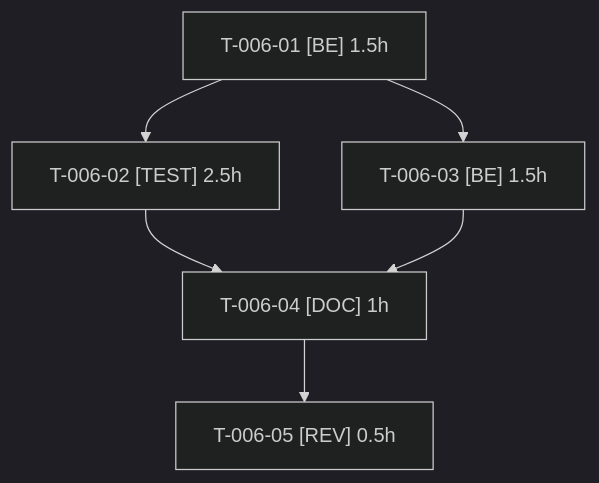
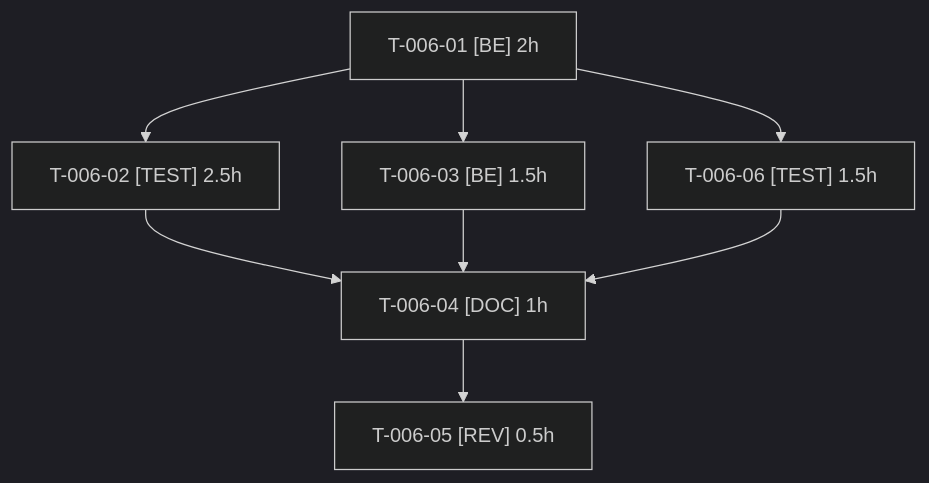
One commit to thibmonier/sylius-b2b-demo changed the diagram in project-management/sprints/sprint-9-reports/tasks/US-006-tasks.md. Above: the diagram before and after it, drawn with Mermaid (dark theme). The commit also changed other lines of this file and 49 other files, not shown here.

````diff
--- a/project-management/sprints/sprint-9-reports/tasks/US-006-tasks.md
+++ b/project-management/sprints/sprint-9-reports/tasks/US-006-tasks.md
@@ -126,13 +149,16 @@
 ```mermaid
 graph TD
-    T00601["T-006-01 [BE] 1.5h"]
+    T00601["T-006-01 [BE] 2h"]
     T00602["T-006-02 [TEST] 2.5h"]
     T00603["T-006-03 [BE] 1.5h"]
     T00604["T-006-04 [DOC] 1h"]
     T00605["T-006-05 [REV] 0.5h"]
+    T00606["T-006-06 [TEST] 1.5h"]
     T00601 --> T00602
     T00601 --> T00603
+    T00601 --> T00606
     T00602 --> T00604
     T00603 --> T00604
+    T00606 --> T00604
     T00604 --> T00605
 ```
````
